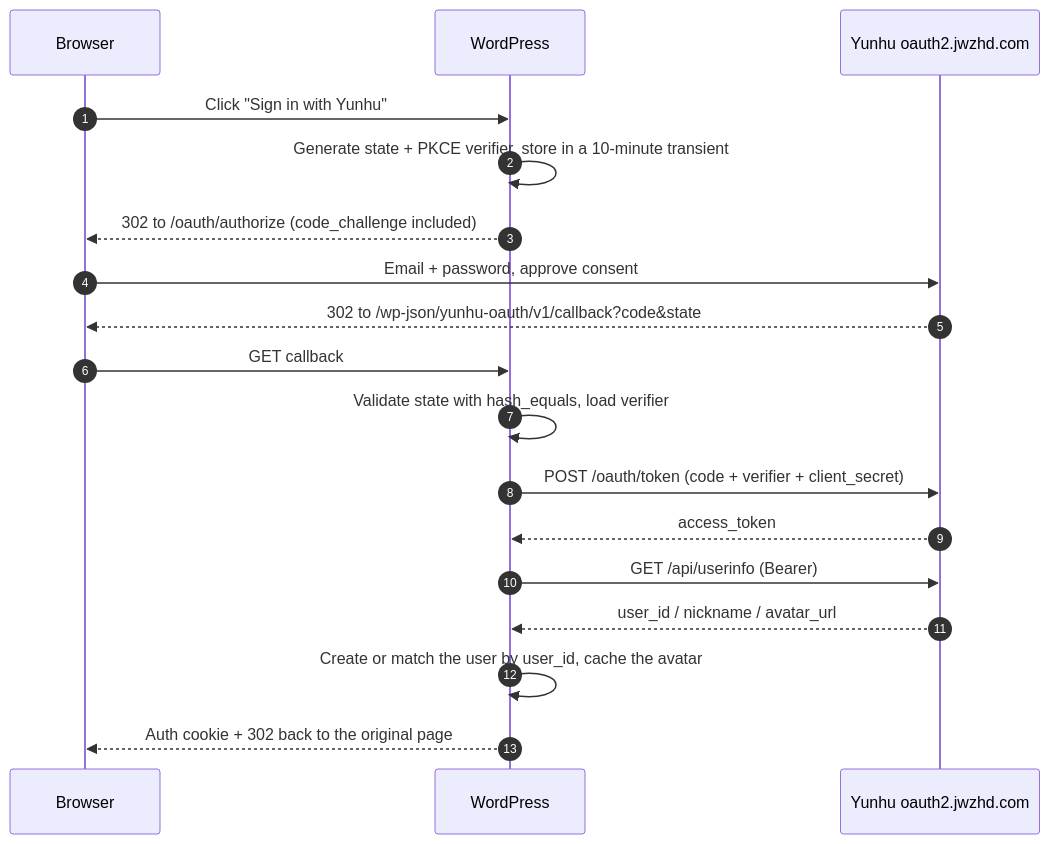
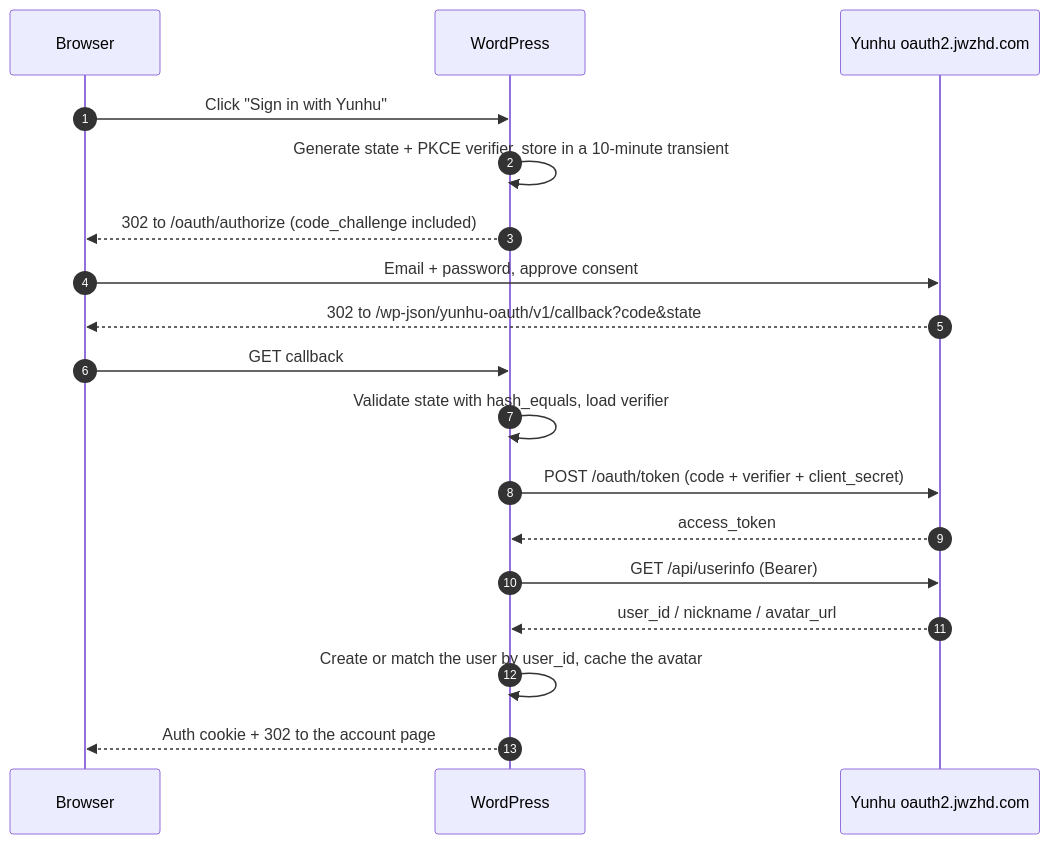
One commit to liutexi/wp-yh-oauth changed the diagram in README.en.md. Above: the diagram before and after it, drawn with Mermaid. The commit also changed other lines of this file and 13 other files, not shown here.

````diff
--- a/README.en.md
+++ b/README.en.md
@@ -78,21 +82,21 @@
 ```mermaid
 sequenceDiagram
     autonumber
     participant U as Browser
     participant W as WordPress
     participant Y as Yunhu oauth2.jwzhd.com
 
     U->>W: Click "Sign in with Yunhu"
     W->>W: Generate state + PKCE verifier, store in a 10-minute transient
     W-->>U: 302 to /oauth/authorize (code_challenge included)
     U->>Y: Email + password, approve consent
     Y-->>U: 302 to /wp-json/yunhu-oauth/v1/callback?code&state
     U->>W: GET callback
     W->>W: Validate state with hash_equals, load verifier
     W->>Y: POST /oauth/token (code + verifier + client_secret)
     Y-->>W: access_token
     W->>Y: GET /api/userinfo (Bearer)
     Y-->>W: user_id / nickname / avatar_url
     W->>W: Create or match the user by user_id, cache the avatar
-    W-->>U: Auth cookie + 302 back to the original page
+    W-->>U: Auth cookie + 302 to the account page
 ```
````
